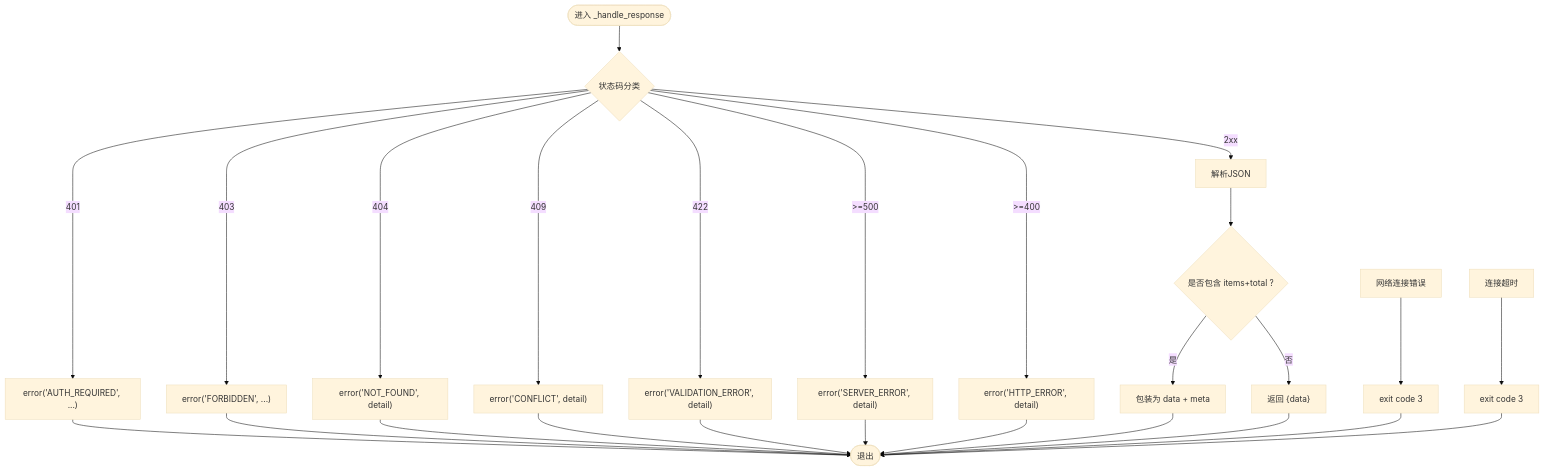
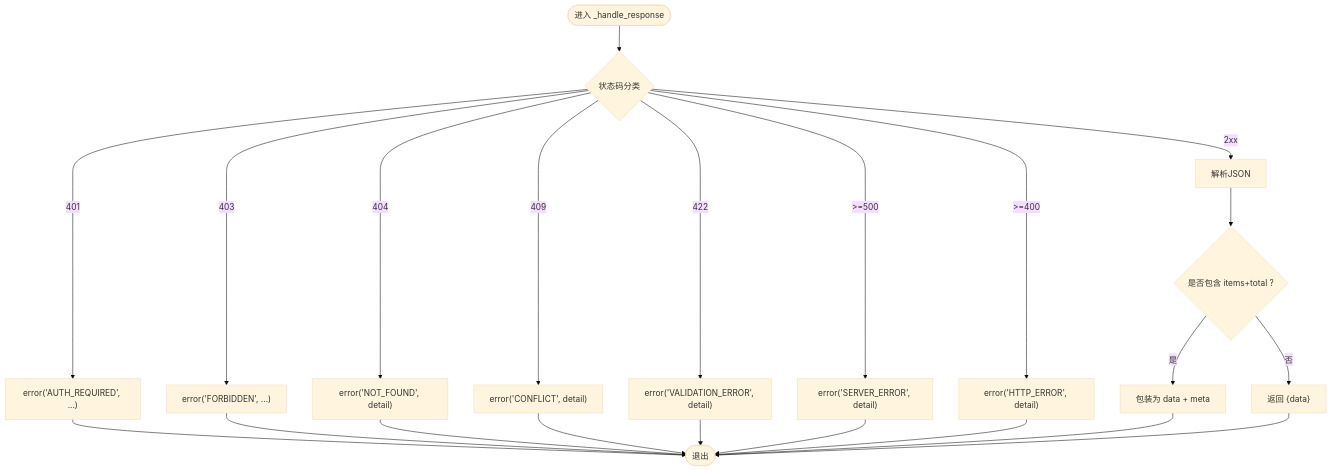
Before and after one commit to gujialind/InvestRing: the third of 6 diagrams in .qoder/repowiki/zh/content/开发指南/InvestRing HTTP客户端CLI工具.md, drawn with Mermaid (base theme). The commit also changed other lines of this file and 65 other files, not shown here.

````diff
--- a/.qoder/repowiki/zh/content/开发指南/InvestRing HTTP客户端CLI工具.md
+++ b/.qoder/repowiki/zh/content/开发指南/InvestRing HTTP客户端CLI工具.md
@@ -274,28 +145,24 @@
 ```mermaid
 flowchart TD
 Start(["进入 _handle_response"]) --> CheckCode{"状态码分类"}
 CheckCode --> |401| AuthErr["error('AUTH_REQUIRED', ...)"]
 CheckCode --> |403| ForbErr["error('FORBIDDEN', ...)"]
 CheckCode --> |404| NotFound["error('NOT_FOUND', detail)"]
 CheckCode --> |409| Conflict["error('CONFLICT', detail)"]
 CheckCode --> |422| ValErr["error('VALIDATION_ERROR', detail)"]
 CheckCode --> |>=500| ServerErr["error('SERVER_ERROR', detail)"]
 CheckCode --> |>=400| HttpErr["error('HTTP_ERROR', detail)"]
 CheckCode --> |2xx| ParseBody["解析JSON"]
 ParseBody --> HasItems{"是否包含 items+total ?"}
 HasItems --> |是| WrapPage["包装为 data + meta"]
 HasItems --> |否| ReturnData["返回 {data}"]
 AuthErr --> End(["退出"])
 ForbErr --> End
 NotFound --> End
 Conflict --> End
 ValErr --> End
 ServerErr --> End
 HttpErr --> End
 WrapPage --> End
 ReturnData --> End
-NetworkErr["网络连接错误"] --> NetExit["exit code 3"]
-TimeoutErr["连接超时"] --> TimeExit["exit code 3"]
-NetExit --> End
-TimeExit --> End
 ```
````
